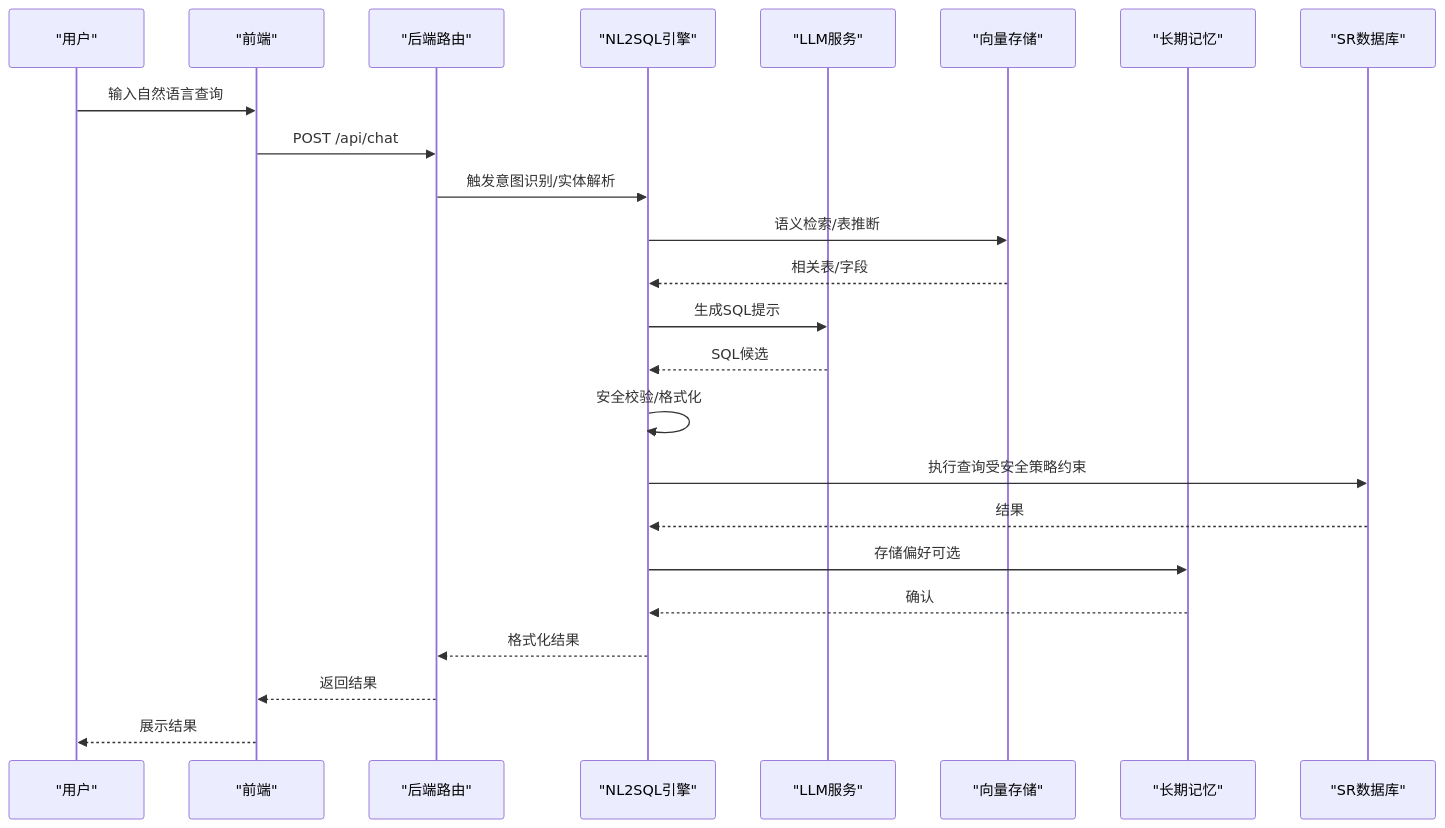
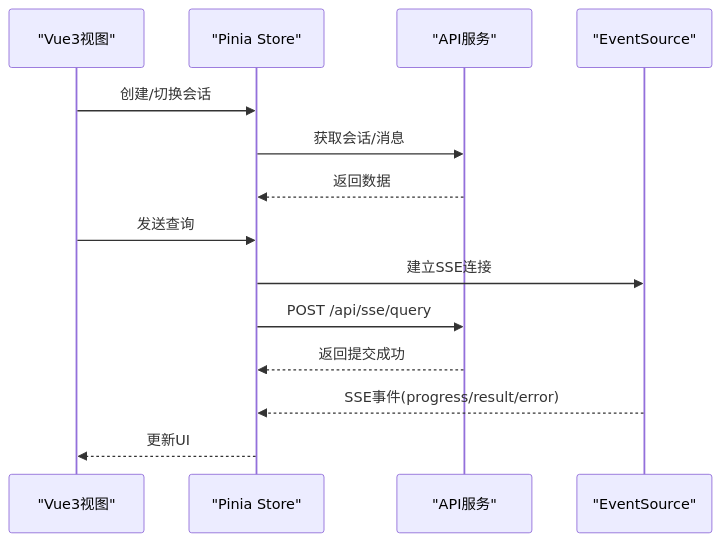
One commit to HanHuiOnLine/724-office changed the tenth of 11 diagrams in NL2SQL/.qoder/repowiki/zh/content/系统架构/系统架构.md. Above: the diagram before and after it, drawn with Mermaid. The commit also changed other lines of this file and 203 other files, not shown here.

````diff
--- a/NL2SQL/.qoder/repowiki/zh/content/系统架构/系统架构.md
+++ b/NL2SQL/.qoder/repowiki/zh/content/系统架构/系统架构.md
@@ -375,26 +369,16 @@
 ```mermaid
 sequenceDiagram
-participant U as "用户"
-participant FE as "前端"
-participant API as "后端路由"
-participant NLP as "NL2SQL引擎"
-participant LLM as "LLM服务"
-participant VEC as "向量存储"
-participant LTM as "长期记忆"
-participant DB as "SR数据库"
-U->>FE : 输入自然语言查询
-FE->>API : POST /api/chat
-API->>NLP : 触发意图识别/实体解析
-NLP->>VEC : 语义检索/表推断
-VEC-->>NLP : 相关表/字段
-NLP->>LLM : 生成SQL提示
-LLM-->>NLP : SQL候选
-NLP->>NLP : 安全校验/格式化
-NLP->>DB : 执行查询受安全策略约束
-DB-->>NLP : 结果
-NLP->>LTM : 存储偏好可选
-LTM-->>NLP : 确认
-NLP-->>API : 格式化结果
-API-->>FE : 返回结果
-FE-->>U : 展示结果
+participant View as "Vue3视图"
+participant Store as "Pinia Store"
+participant API as "API服务"
+participant SSE as "EventSource"
+View->>Store : 创建/切换会话
+Store->>API : 获取会话/消息
+API-->>Store : 返回数据
+View->>Store : 发送查询
+Store->>SSE : 建立SSE连接
+Store->>API : POST /api/sse/query
+API-->>Store : 返回提交成功
+SSE-->>Store : SSE事件(progress/result/error)
+Store-->>View : 更新UI
 ```
````
